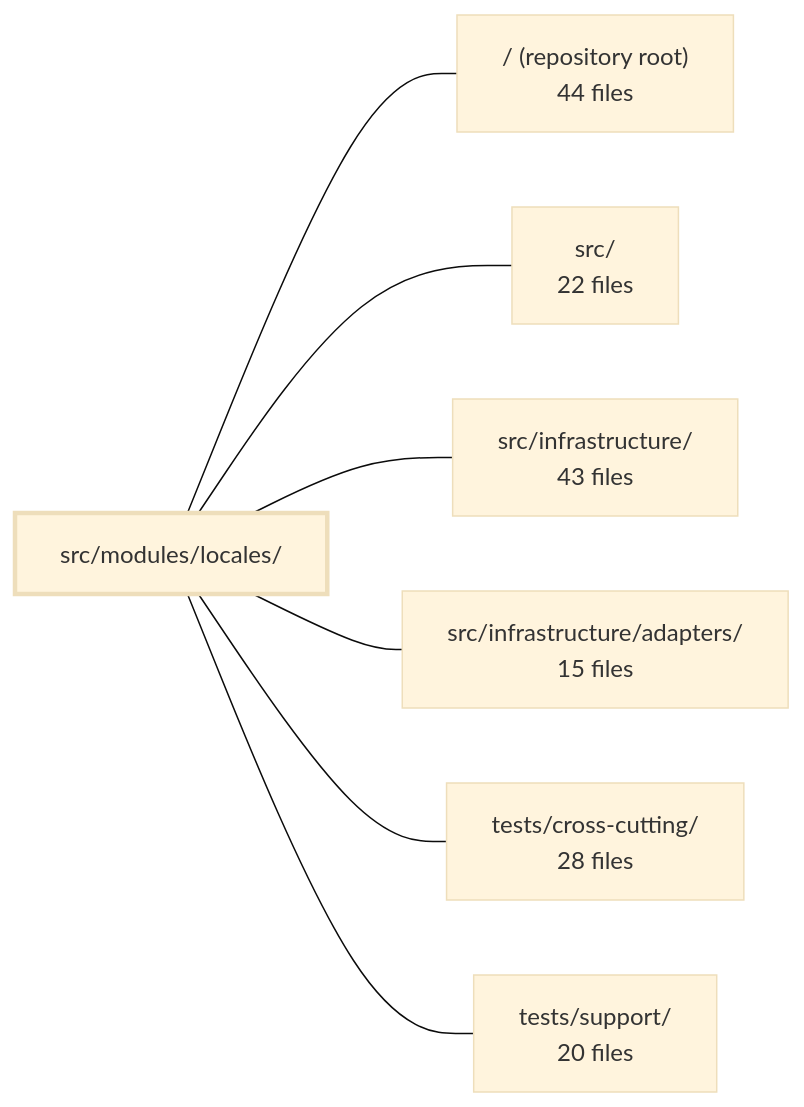
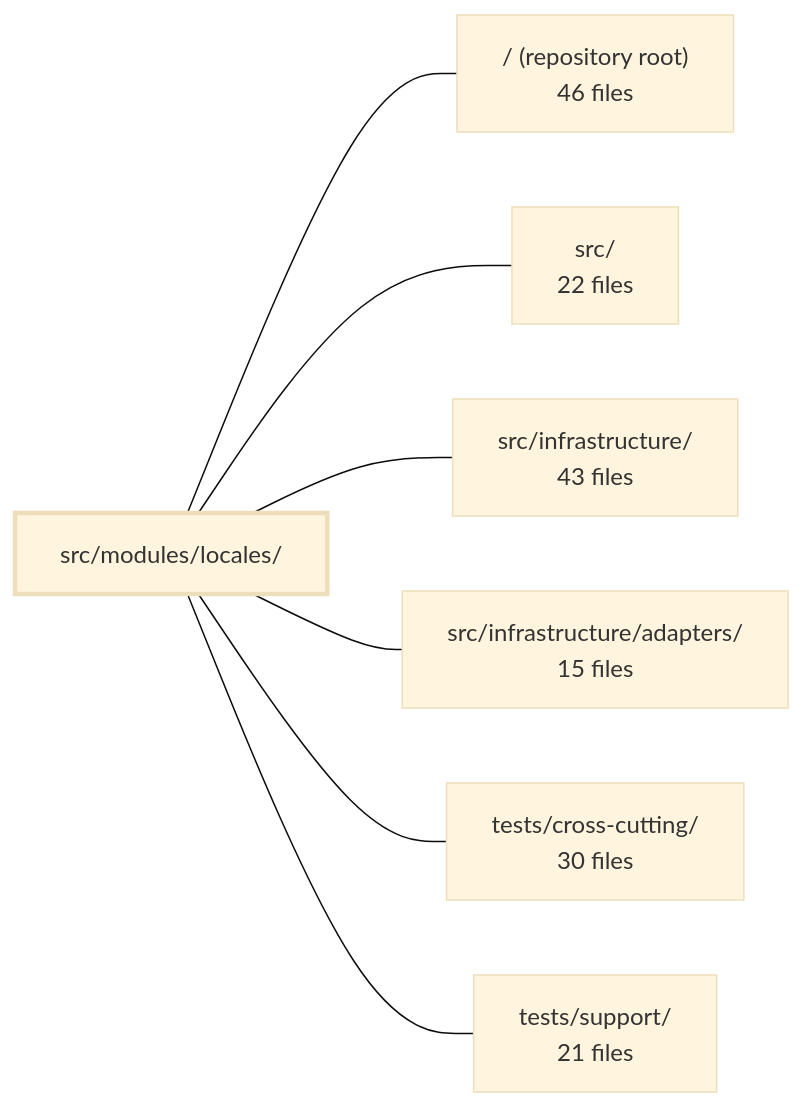
Before and after one commit to Guebbit/boilerplate-node-backend: the diagram in .2repo/modules/boilerplate-node-backend_src_modules_locales.md, drawn with Mermaid (base theme). The commit also changed other lines of this file and 302 other files, not shown here.

First line of the commit message:
chore(2repo): refresh repo context, wiki, and architecture snapshots

````diff
--- a/.2repo/modules/boilerplate-node-backend_src_modules_locales.md
+++ b/.2repo/modules/boilerplate-node-backend_src_modules_locales.md
@@ -39,17 +40,17 @@
 ```mermaid
 flowchart LR
     m_src_modules_locales["src/modules/locales/"]
-    m_root["/ (repository root)<br/>44 files"]
+    m_root["/ (repository root)<br/>46 files"]
     m_src["src/<br/>22 files"]
     m_src_infrastructure["src/infrastructure/<br/>43 files"]
     m_src_infrastructure_adapters["src/infrastructure/adapters/<br/>15 files"]
-    m_tests_cross_cutting["tests/cross-cutting/<br/>28 files"]
-    m_tests_support["tests/support/<br/>20 files"]
+    m_tests_cross_cutting["tests/cross-cutting/<br/>30 files"]
+    m_tests_support["tests/support/<br/>21 files"]
     m_src_modules_locales --- m_root
     m_src_modules_locales --- m_src
     m_src_modules_locales --- m_src_infrastructure
     m_src_modules_locales --- m_src_infrastructure_adapters
     m_src_modules_locales --- m_tests_cross_cutting
     m_src_modules_locales --- m_tests_support
     style m_src_modules_locales stroke-width:3px
 ```
````
